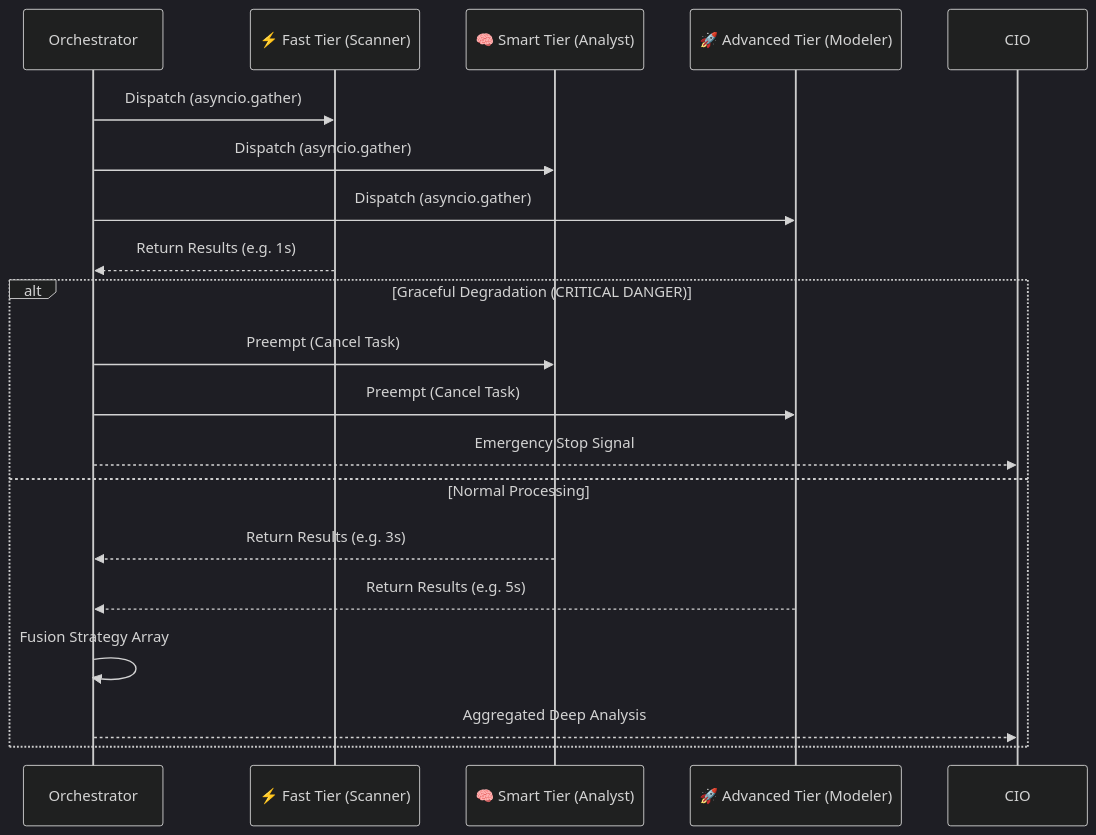
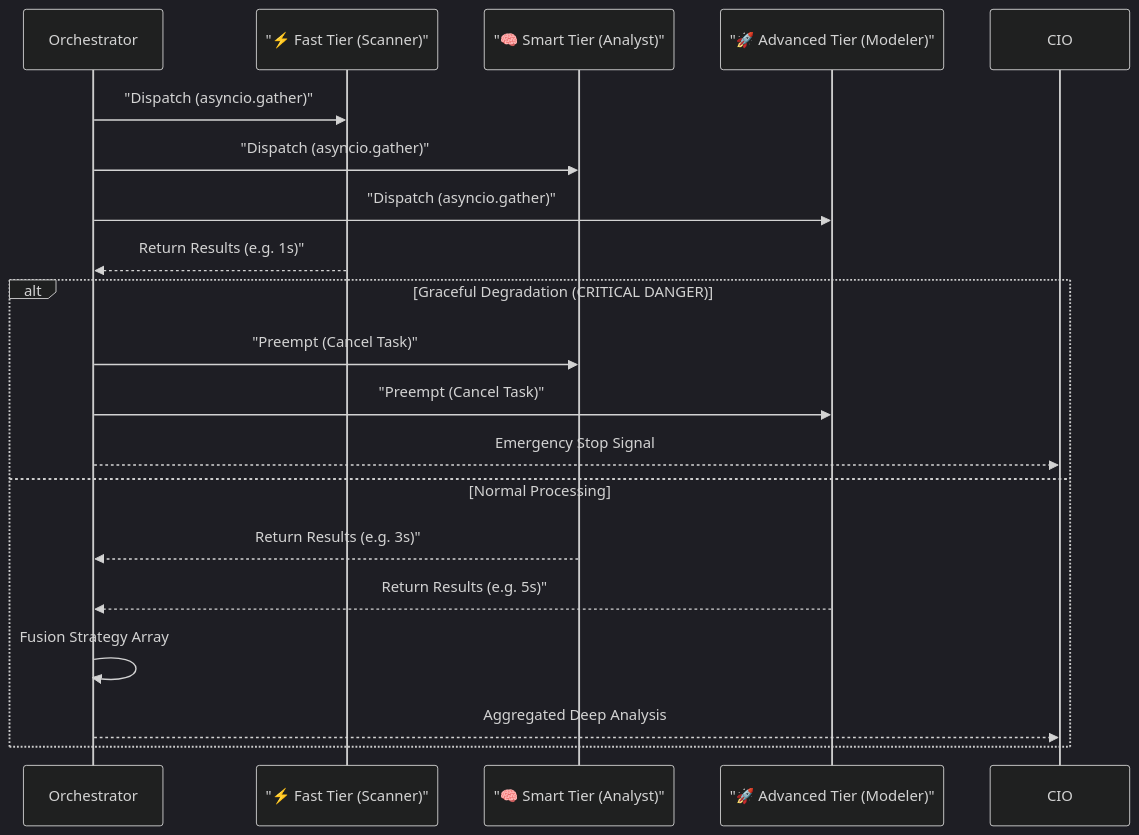
The second of 2 diagrams in wiki/04_架構觀點-Architect_Views/代理人戰略協定-Agent-Swarm-Protocol.md (neohsiung/AI-Investment-Advisor), drawn with Mermaid (dark theme) before and after one commit. The commit also changed other lines of this file and 15 other files, not shown here.

First line of the commit message:
docs(wiki): optimize structure, standardize flat-links, and fix mermaid syntax

````diff
--- a/wiki/04_架構觀點-Architect_Views/代理人戰略協定-Agent-Swarm-Protocol.md
+++ b/wiki/04_架構觀點-Architect_Views/代理人戰略協定-Agent-Swarm-Protocol.md
@@ -175,24 +175,24 @@
 ```mermaid
 sequenceDiagram
     participant Orchestrator
-    participant FastTier as ⚡ Fast Tier (Scanner)
-    participant SmartTier as 🧠 Smart Tier (Analyst)
-    participant AdvTier as 🚀 Advanced Tier (Modeler)
+    participant FastTier as "⚡ Fast Tier (Scanner)"
+    participant SmartTier as "🧠 Smart Tier (Analyst)"
+    participant AdvTier as "🚀 Advanced Tier (Modeler)"
     
-    Orchestrator->>FastTier: Dispatch (asyncio.gather)
-    Orchestrator->>SmartTier: Dispatch (asyncio.gather)
-    Orchestrator->>AdvTier: Dispatch (asyncio.gather)
+    Orchestrator->>FastTier:"Dispatch (asyncio.gather)"
+    Orchestrator->>SmartTier:"Dispatch (asyncio.gather)"
+    Orchestrator->>AdvTier:"Dispatch (asyncio.gather)"
     
-    FastTier-->>Orchestrator: Return Results (e.g. 1s)
+    FastTier-->>Orchestrator: Return Results (e.g. 1s)"
     
     alt Graceful Degradation (CRITICAL DANGER)
-        Orchestrator->>SmartTier: Preempt (Cancel Task)
-        Orchestrator->>AdvTier: Preempt (Cancel Task)
+        Orchestrator->>SmartTier:"Preempt (Cancel Task)"
+        Orchestrator->>AdvTier:"Preempt (Cancel Task)"
         Orchestrator-->>CIO: Emergency Stop Signal
     else Normal Processing
-        SmartTier-->>Orchestrator: Return Results (e.g. 3s)
-        AdvTier-->>Orchestrator: Return Results (e.g. 5s)
+        SmartTier-->>Orchestrator: Return Results (e.g. 3s)"
+        AdvTier-->>Orchestrator: Return Results (e.g. 5s)"
         Orchestrator->>Orchestrator: Fusion Strategy Array
         Orchestrator-->>CIO: Aggregated Deep Analysis
     end
 ```
````
